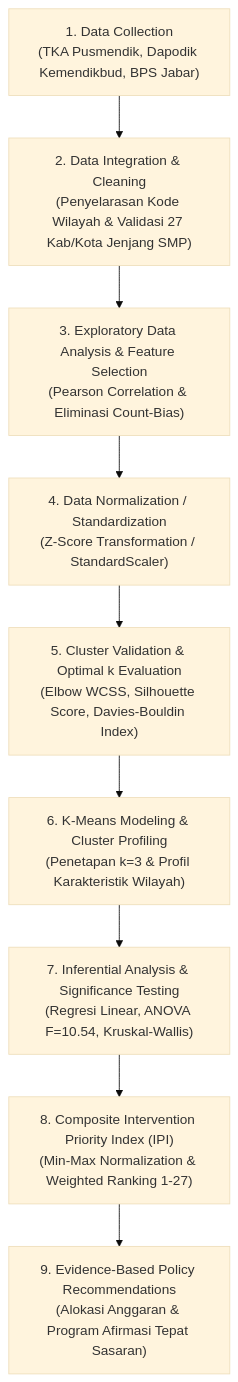
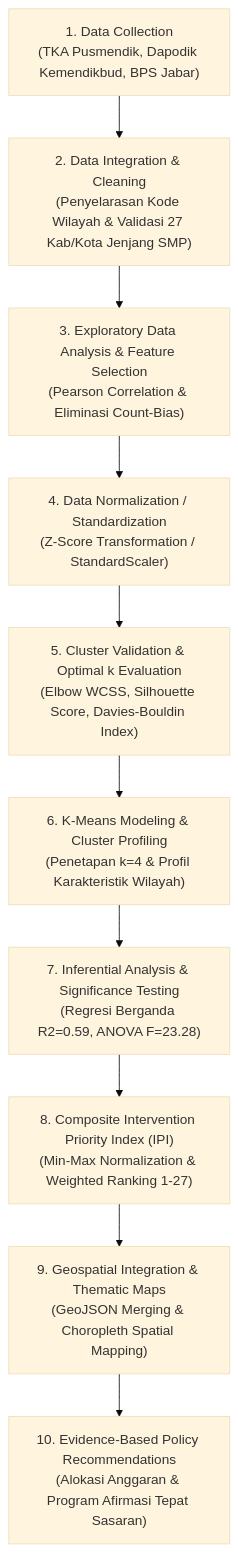
The diagram in README.md (Rap404/klasterisasi-wilayah-tka), drawn with Mermaid (base theme) before and after one commit. The commit also changed other lines of this file and 13 other files, not shown here.

Commit message:
feat: add geospatial datasets, exploratory analysis charts, and interactive web maps

````diff
--- a/README.md
+++ b/README.md
@@ -40,11 +41,12 @@
 ```mermaid
 flowchart TD
     A["1. Data Collection\n(TKA Pusmendik, Dapodik Kemendikbud, BPS Jabar)"] --> B["2. Data Integration & Cleaning\n(Penyelarasan Kode Wilayah & Validasi 27 Kab/Kota Jenjang SMP)"]
     B --> C["3. Exploratory Data Analysis & Feature Selection\n(Pearson Correlation & Eliminasi Count-Bias)"]
     C --> D["4. Data Normalization / Standardization\n(Z-Score Transformation / StandardScaler)"]
     D --> E["5. Cluster Validation & Optimal k Evaluation\n(Elbow WCSS, Silhouette Score, Davies-Bouldin Index)"]
-    E --> F["6. K-Means Modeling & Cluster Profiling\n(Penetapan k=3 & Profil Karakteristik Wilayah)"]
-    F --> G["7. Inferential Analysis & Significance Testing\n(Regresi Linear, ANOVA F=10.54, Kruskal-Wallis)"]
+    E --> F["6. K-Means Modeling & Cluster Profiling\n(Penetapan k=4 & Profil Karakteristik Wilayah)"]
+    F --> G["7. Inferential Analysis & Significance Testing\n(Regresi Berganda R2=0.59, ANOVA F=23.28)"]
     G --> H["8. Composite Intervention Priority Index (IPI)\n(Min-Max Normalization & Weighted Ranking 1-27)"]
-    H --> I["9. Evidence-Based Policy Recommendations\n(Alokasi Anggaran & Program Afirmasi Tepat Sasaran)"]
+    H --> I["9. Geospatial Integration & Thematic Maps\n(GeoJSON Merging & Choropleth Spatial Mapping)"]
+    I --> J["10. Evidence-Based Policy Recommendations\n(Alokasi Anggaran & Program Afirmasi Tepat Sasaran)"]
 ```
````
